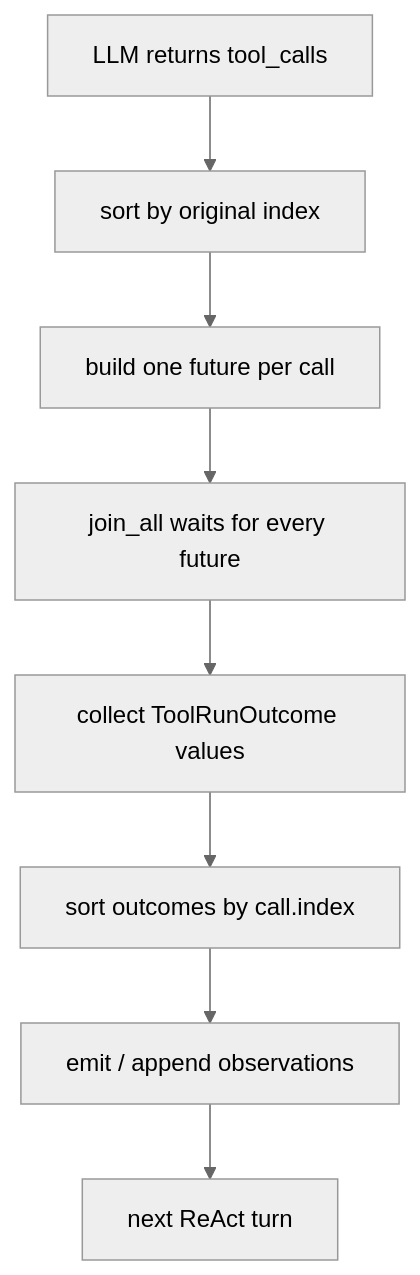
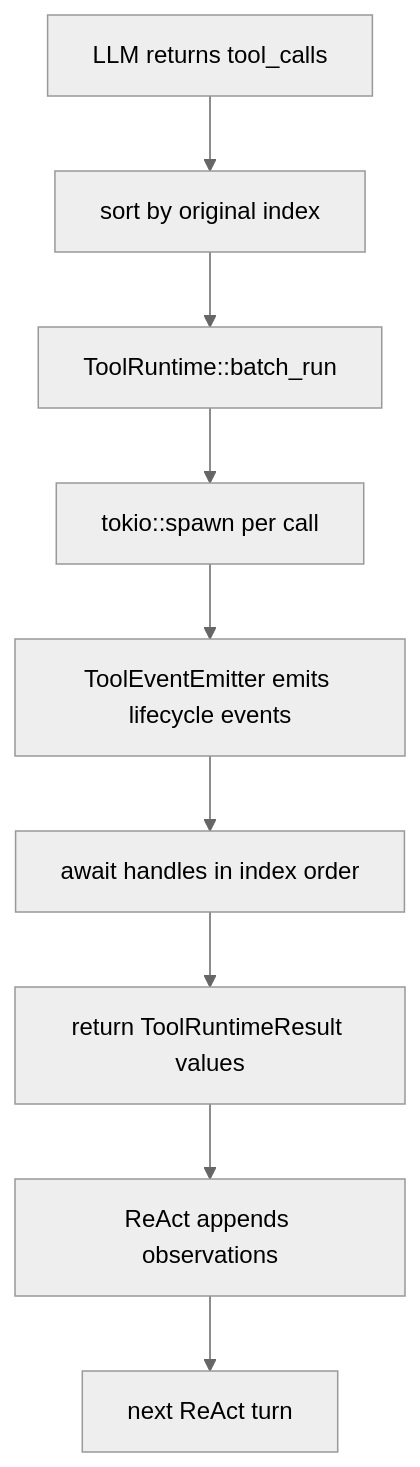
The fourth of 4 diagrams in workspaces/02-learning/openai-codex-cli-deep-learning/topics/tools-permissions/guides/08-demo-coder/11-tokio-runtime-scheduling.md (hedon954/daedalus), drawn with Mermaid (neutral theme) before and after one commit. The commit also changed other lines of this file and 23 other files, not shown here.

````diff
--- a/workspaces/02-learning/openai-codex-cli-deep-learning/topics/tools-permissions/guides/08-demo-coder/11-tokio-runtime-scheduling.md
+++ b/workspaces/02-learning/openai-codex-cli-deep-learning/topics/tools-permissions/guides/08-demo-coder/11-tokio-runtime-scheduling.md
@@ -403,10 +403,11 @@
 ```mermaid
 flowchart TD
     A["LLM returns tool_calls"] --> B["sort by original index"]
-    B --> C["build one future per call"]
-    C --> D["join_all waits for every future"]
-    D --> E["collect ToolRunOutcome values"]
-    E --> F["sort outcomes by call.index"]
-    F --> G["emit / append observations"]
-    G --> H["next ReAct turn"]
+    B --> C["ToolRuntime::batch_run"]
+    C --> D["tokio::spawn per call"]
+    D --> E["ToolEventEmitter emits lifecycle events"]
+    E --> F["await handles in index order"]
+    F --> G["return ToolRuntimeResult values"]
+    G --> I["ReAct appends observations"]
+    I --> H["next ReAct turn"]
 ```
````
